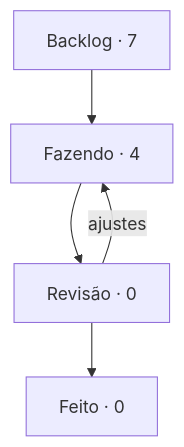
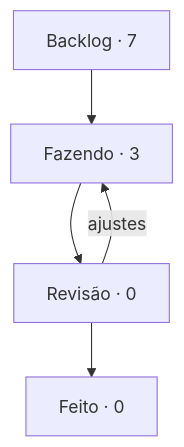
The diagram in boards/harness/BOARD.md (StudioVibi/VibiKanban), drawn with Mermaid before and after one commit. The commit also changed other lines of this file and 2 other files, not shown here.

````diff
--- a/boards/harness/BOARD.md
+++ b/boards/harness/BOARD.md
@@ -5,10 +5,10 @@
 ```mermaid
 flowchart TD
-  backlog["Backlog · 7"] --> doing["Fazendo · 4"]
+  backlog["Backlog · 7"] --> doing["Fazendo · 3"]
   doing --> review["Revisão · 0"]
   review --> done["Feito · 0"]
   review -->|ajustes| doing
   doing:::blue
   review:::yellow
   done:::green
 ```
````
